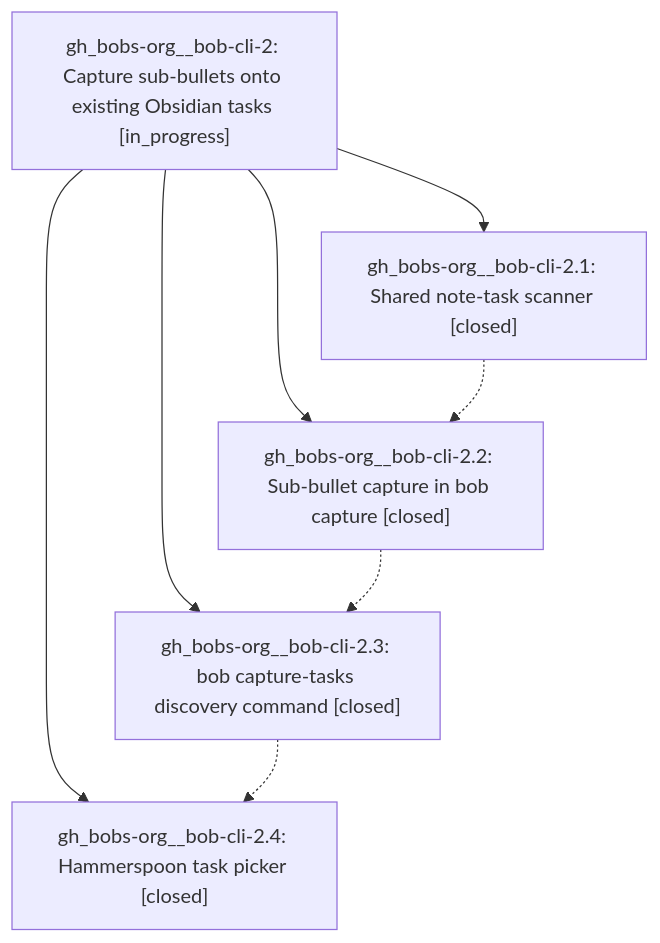
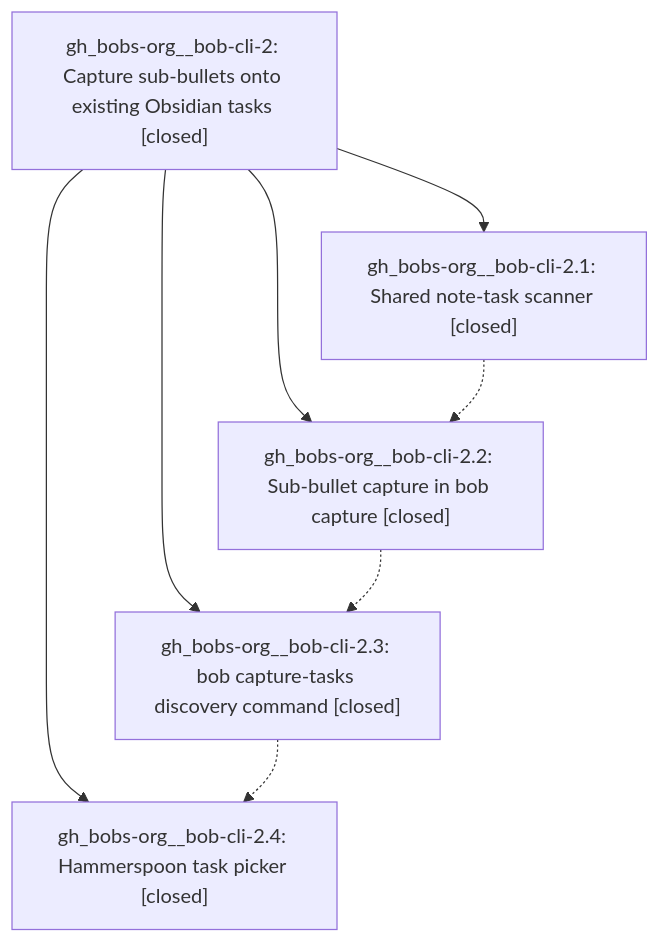
Before and after one commit to bobs-org/bob-cli--beads: the diagram in pages/gh_bobs-org__bob-cli-2/README.md, drawn with Mermaid. The commit also changed other lines of this file and 1 other file, not shown here.

First line of the commit message:
chore(beads): sync bead state and pages for gh_bobs-org__bob-cli-2

````diff
--- a/pages/gh_bobs-org__bob-cli-2/README.md
+++ b/pages/gh_bobs-org__bob-cli-2/README.md
@@ -25,15 +40,15 @@
 ```mermaid
 flowchart TD
-    n0["gh_bobs-org__bob-cli-2: Capture sub-bullets onto existing Obsidian tasks [in_progress]"]
+    n0["gh_bobs-org__bob-cli-2: Capture sub-bullets onto existing Obsidian tasks [closed]"]
     n1["gh_bobs-org__bob-cli-2.1: Shared note-task scanner [closed]"]
     n2["gh_bobs-org__bob-cli-2.2: Sub-bullet capture in bob capture [closed]"]
     n3["gh_bobs-org__bob-cli-2.3: bob capture-tasks discovery command [closed]"]
     n4["gh_bobs-org__bob-cli-2.4: Hammerspoon task picker [closed]"]
     n0 --> n1
     n0 --> n2
     n0 --> n3
     n0 --> n4
     n1 -.-> n2
     n2 -.-> n3
     n3 -.-> n4
 ```
````
